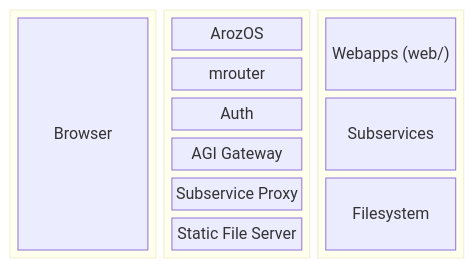
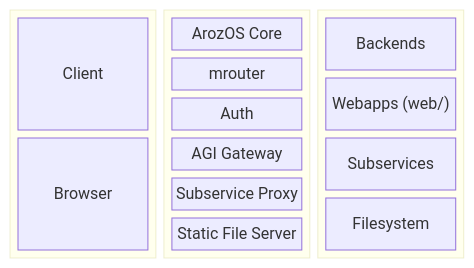
The first of 5 diagrams in docs/architecture.md (neonspectra/monika-aroz), drawn with Mermaid before and after one commit.

Commit message:
Add labels to component overview blocks

````diff
--- a/docs/architecture.md
+++ b/docs/architecture.md
@@ -7,26 +7,28 @@
 ```mermaid
 block-beta
   columns 3
 
   block:client:1
     columns 1
+    A["Client"]
     Browser
   end
 
   block:arozos:1
     columns 1
-    A["ArozOS"]
-    B["mrouter"]
-    C["Auth"]
-    D["AGI Gateway"]
-    E["Subservice Proxy"]
-    F["Static File Server"]
+    B["ArozOS Core"]
+    C["mrouter"]
+    D["Auth"]
+    E["AGI Gateway"]
+    F["Subservice Proxy"]
+    G["Static File Server"]
   end
 
   block:backends:1
     columns 1
-    G["Webapps (web/)"]
-    H["Subservices"]
-    I["Filesystem"]
+    H["Backends"]
+    I["Webapps (web/)"]
+    J["Subservices"]
+    K["Filesystem"]
   end
 ```
````
